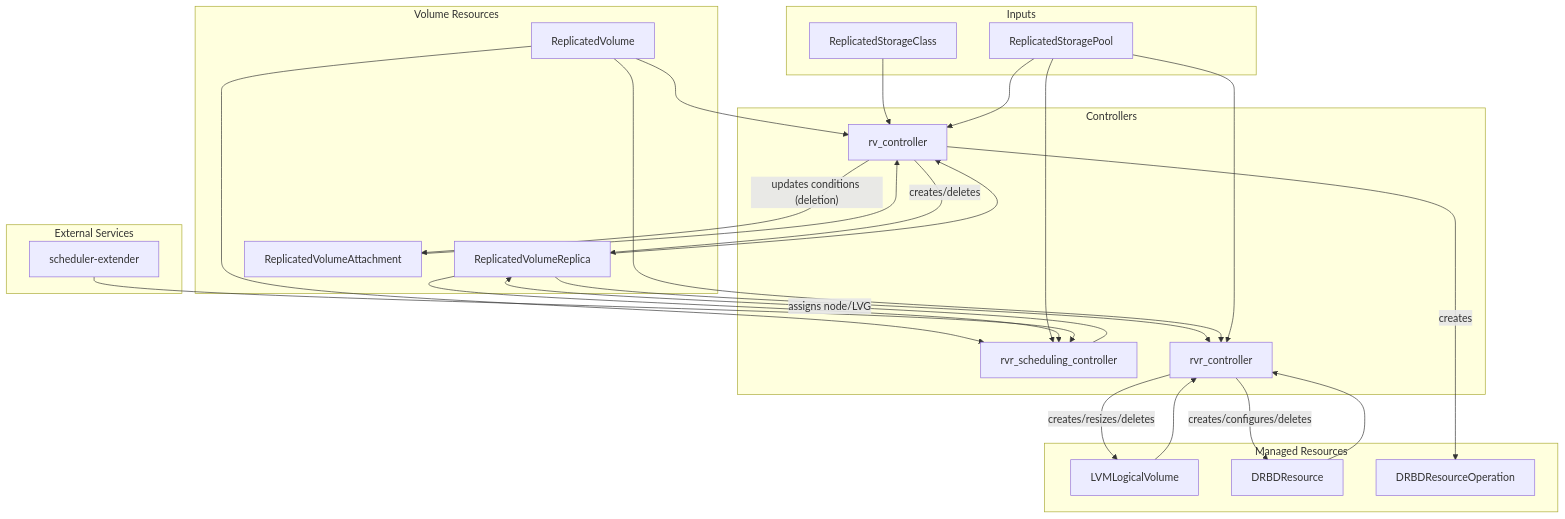
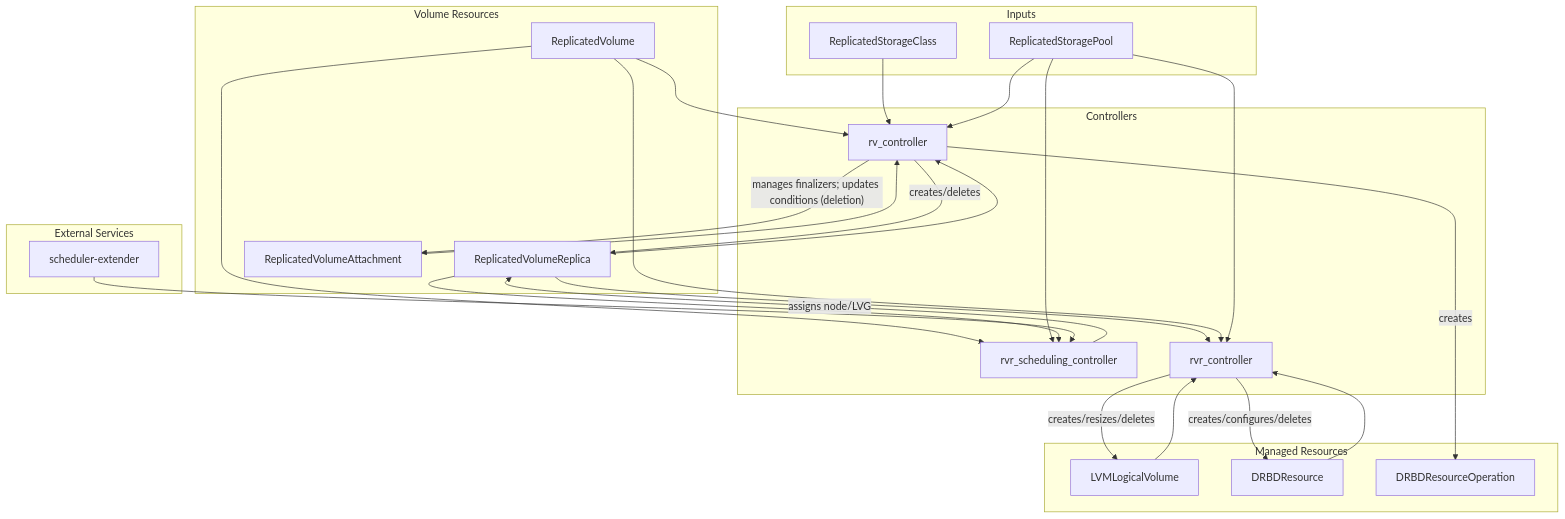
Before and after one commit to deckhouse/sds-replicated-volume: the second of 2 diagrams in images/controller/README.md, drawn with Mermaid. The commit also changed 4 other files, not shown here.

````diff
--- a/images/controller/README.md
+++ b/images/controller/README.md
@@ -77,52 +77,52 @@
 ```mermaid
 flowchart TB
     subgraph inputs [Inputs]
         RSC[ReplicatedStorageClass]
         RSP[ReplicatedStoragePool]
     end
 
     subgraph volumeResources [Volume Resources]
         RV[ReplicatedVolume]
         RVR[ReplicatedVolumeReplica]
         RVA[ReplicatedVolumeAttachment]
     end
 
     subgraph controllers [Controllers]
         RVCtrl[rv_controller]
         RVRSchedCtrl[rvr_scheduling_controller]
         RVRCtrl[rvr_controller]
     end
 
     subgraph managed [Managed Resources]
         LLV[LVMLogicalVolume]
         DRBDR[DRBDResource]
         DRBDROp[DRBDResourceOperation]
     end
 
     subgraph externalSvc [External Services]
         SchExt[scheduler-extender]
     end
 
     RSC --> RVCtrl
     RSP --> RVCtrl
     RV --> RVCtrl
     RVR --> RVCtrl
     RVA --> RVCtrl
     RVCtrl -->|creates/deletes| RVR
     RVCtrl -->|creates| DRBDROp
-    RVCtrl -->|"updates conditions (deletion)"| RVA
+    RVCtrl -->|"manages finalizers; updates conditions (deletion)"| RVA
 
     RV --> RVRSchedCtrl
     RSP --> RVRSchedCtrl
     RVR --> RVRSchedCtrl
     SchExt --> RVRSchedCtrl
     RVRSchedCtrl -->|"assigns node/LVG"| RVR
 
     RVR --> RVRCtrl
     RV --> RVRCtrl
     RSP --> RVRCtrl
     LLV --> RVRCtrl
     DRBDR --> RVRCtrl
     RVRCtrl -->|creates/resizes/deletes| LLV
     RVRCtrl -->|creates/configures/deletes| DRBDR
 ```
````
